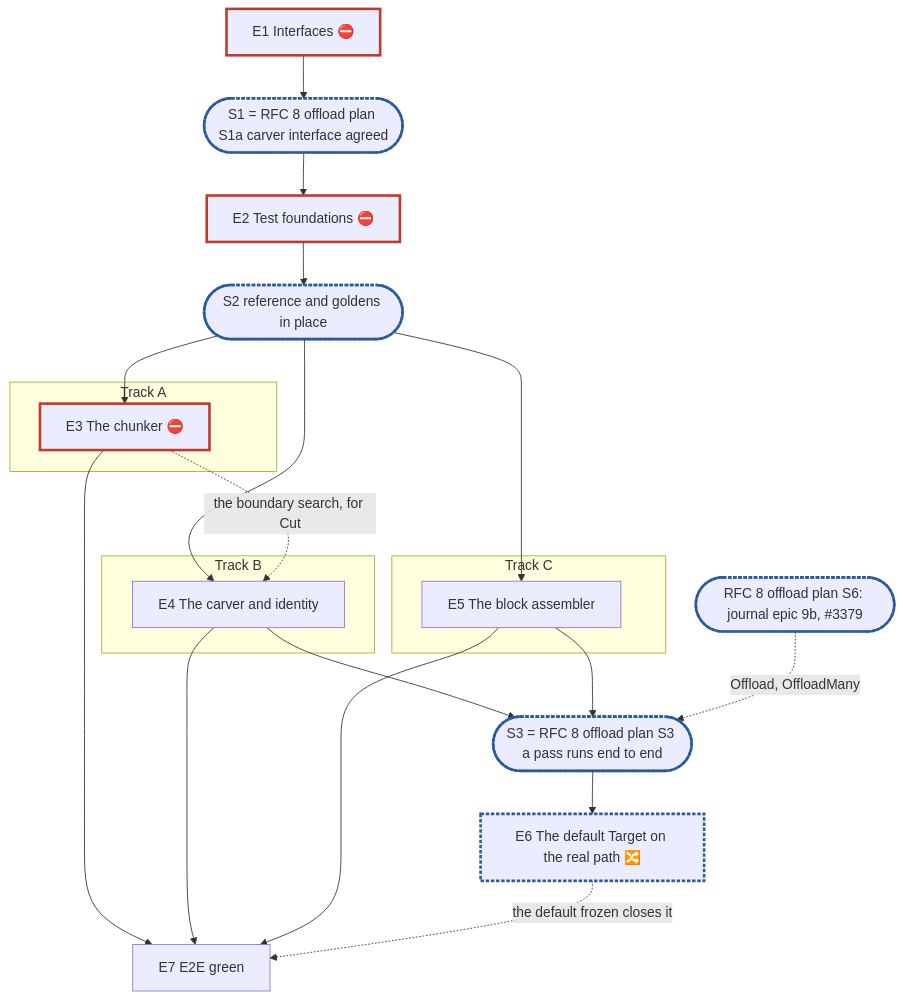
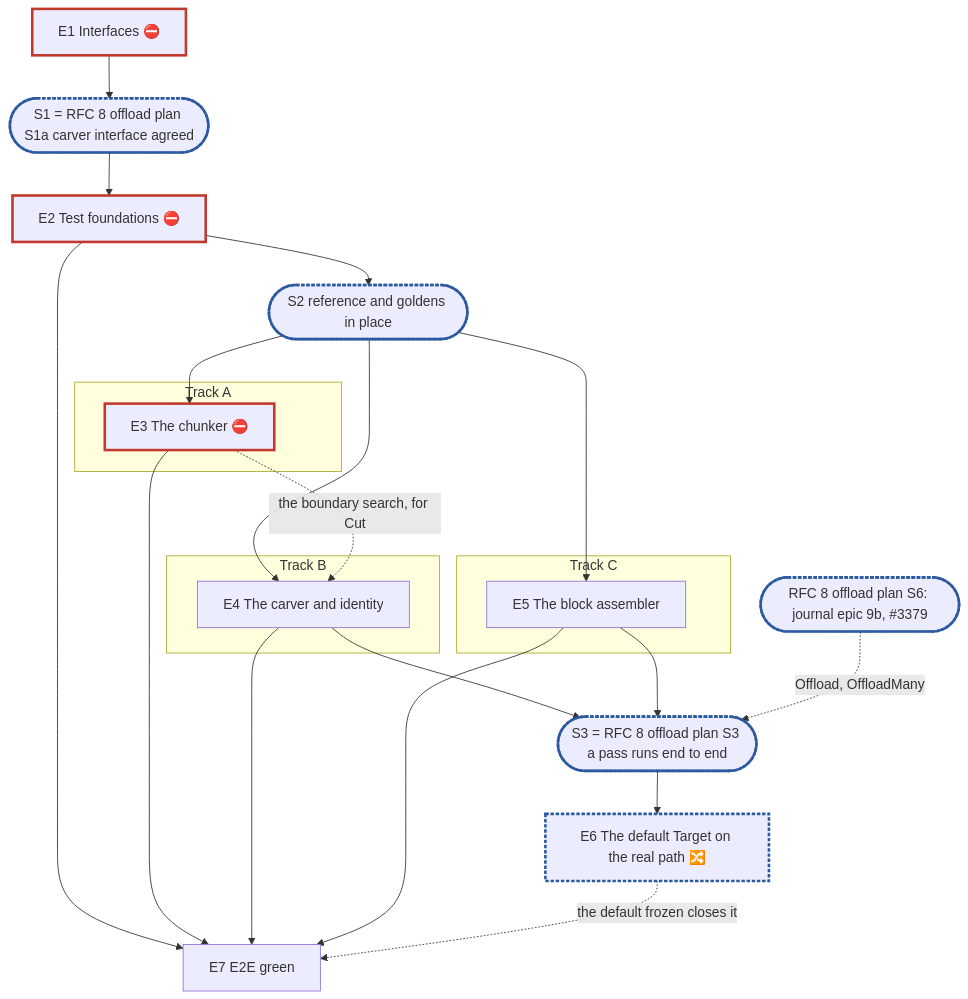
Before and after one commit to cubbit/dittofs: the diagram in .planning/rfc-2-carver-plan.md, drawn with Mermaid. The commit also changed other lines of this file and 1 other file, not shown here.

Commit message:
docs(planning): RFC 2 plan runs K1-K3 nightly on two architectures, keeps per-change sizes

````diff
--- a/.planning/rfc-2-carver-plan.md
+++ b/.planning/rfc-2-carver-plan.md
@@ -275,23 +284,23 @@
 ```mermaid
 flowchart TD
   E1["E1 Interfaces ⛔"]:::blocker --> S1(["S1 = RFC 8 offload plan S1a carver interface agreed"]):::sync
   S1 --> E2["E2 Test foundations ⛔"]:::blocker --> S2(["S2 reference and goldens in place"]):::sync
   subgraph A["Track A"]
     E3["E3 The chunker ⛔"]:::blocker
   end
   subgraph B["Track B"]
     E4["E4 The carver and identity"]
   end
   subgraph C["Track C"]
     E5["E5 The block assembler"]
   end
   S2 --> E3 & E4 & E5
   E3 -. "the boundary search, for Cut" .-> E4
   E4 & E5 --> S3(["S3 = RFC 8 offload plan S3 a pass runs end to end"]):::sync
   X6(["RFC 8 offload plan S6: journal epic 9b, #3379"]):::sync -. "Offload, OffloadMany" .-> S3
   S3 --> E6["E6 The default Target on the real path 🔀"]:::sync
-  E3 & E4 & E5 --> E7["E7 E2E green"]
+  E2 & E3 & E4 & E5 --> E7["E7 E2E green"]
   E6 -. "the default frozen closes it" .-> E7
   classDef blocker stroke:#c0392b,stroke-width:3px
   classDef sync stroke:#2c5aa0,stroke-width:3px,stroke-dasharray:4 2
 ```
````
